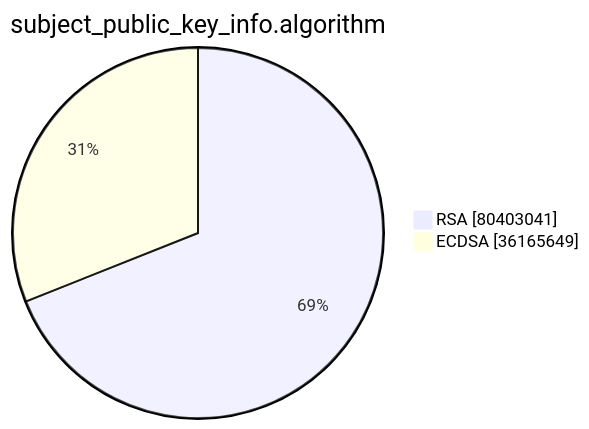
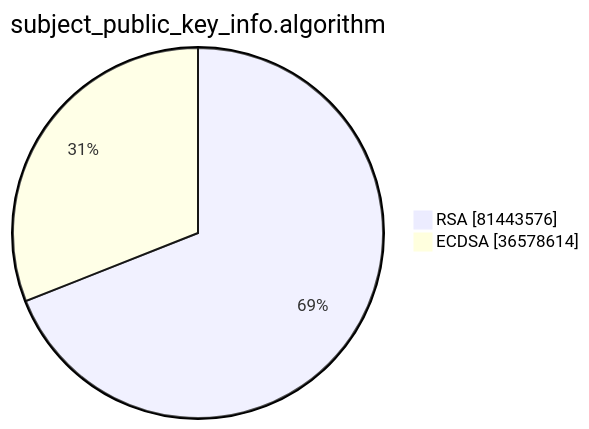
The second of 15 diagrams in xenon2023/README.md (christiankrug/ctmonitor_visualization), drawn with Mermaid before and after one commit. The commit also changed other lines of this file, not shown here.

````diff
--- a/xenon2023/README.md
+++ b/xenon2023/README.md
@@ -6,6 +6,6 @@
 ```mermaid
 pie showData
 title subject_public_key_info.algorithm
-"RSA" :80403041
-"ECDSA" :36165649
+"RSA" :81443576
+"ECDSA" :36578614
 ```
````
